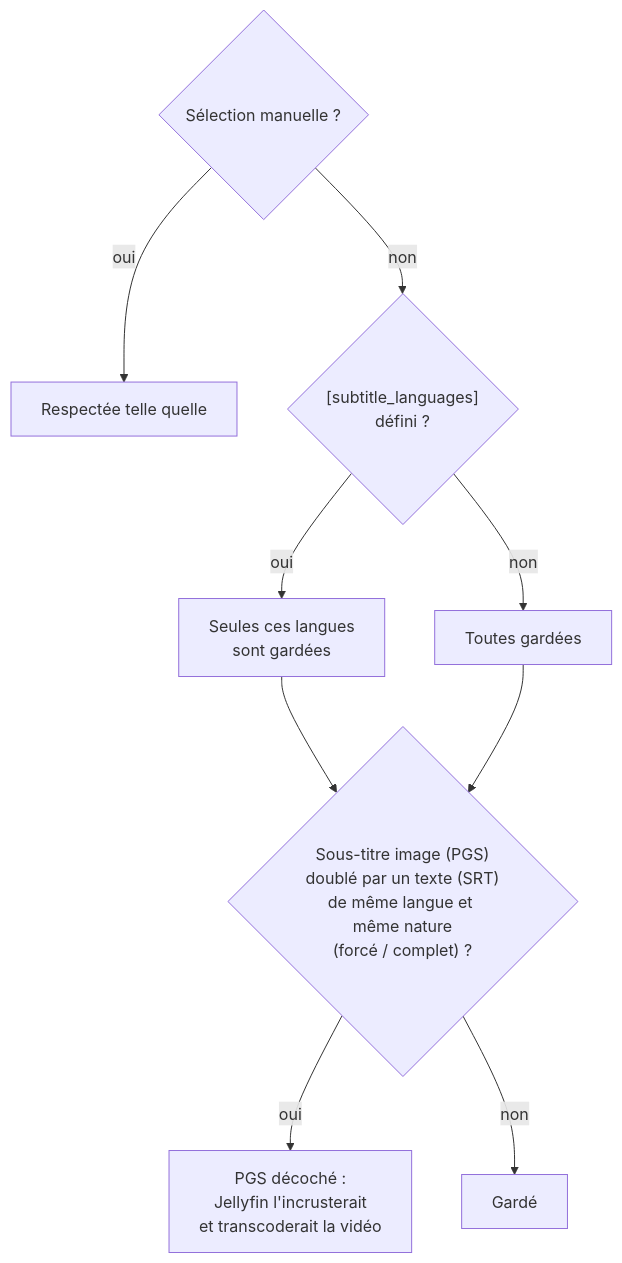
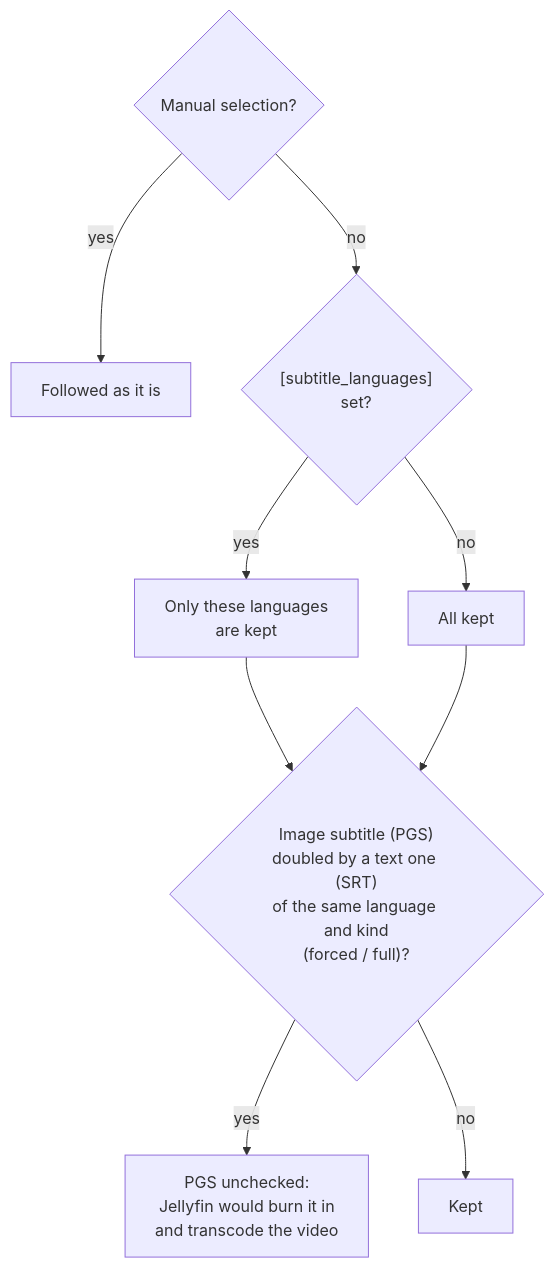
The fifth of 6 diagrams in README.md (opegon/IRIS_Encode), drawn with Mermaid before and after one commit. The commit also changed other lines of this file and 10 other files, not shown here.

````diff
--- a/README.md
+++ b/README.md
@@ -168,12 +170,12 @@
 ```mermaid
 flowchart TD
-    S0{"Sélection manuelle ?"}
-    S0 -->|oui| S1["Respectée telle quelle"]
-    S0 -->|non| S2{"[subtitle_languages]<br/>défini ?"}
-    S2 -->|oui| S3["Seules ces langues<br/>sont gardées"]
-    S2 -->|non| S4["Toutes gardées"]
+    S0{"Manual selection?"}
+    S0 -->|yes| S1["Followed as it is"]
+    S0 -->|no| S2{"[subtitle_languages]<br/>set?"}
+    S2 -->|yes| S3["Only these languages<br/>are kept"]
+    S2 -->|no| S4["All kept"]
     S3 --> S5
-    S4 --> S5{"Sous-titre image (PGS)<br/>doublé par un texte (SRT)<br/>de même langue et même nature<br/>(forcé / complet) ?"}
-    S5 -->|oui| S6["PGS décoché :<br/>Jellyfin l'incrusterait<br/>et transcoderait la vidéo"]
-    S5 -->|non| S7["Gardé"]
+    S4 --> S5{"Image subtitle (PGS)<br/>doubled by a text one (SRT)<br/>of the same language and kind<br/>(forced / full)?"}
+    S5 -->|yes| S6["PGS unchecked:<br/>Jellyfin would burn it in<br/>and transcode the video"]
+    S5 -->|no| S7["Kept"]
 ```
````
